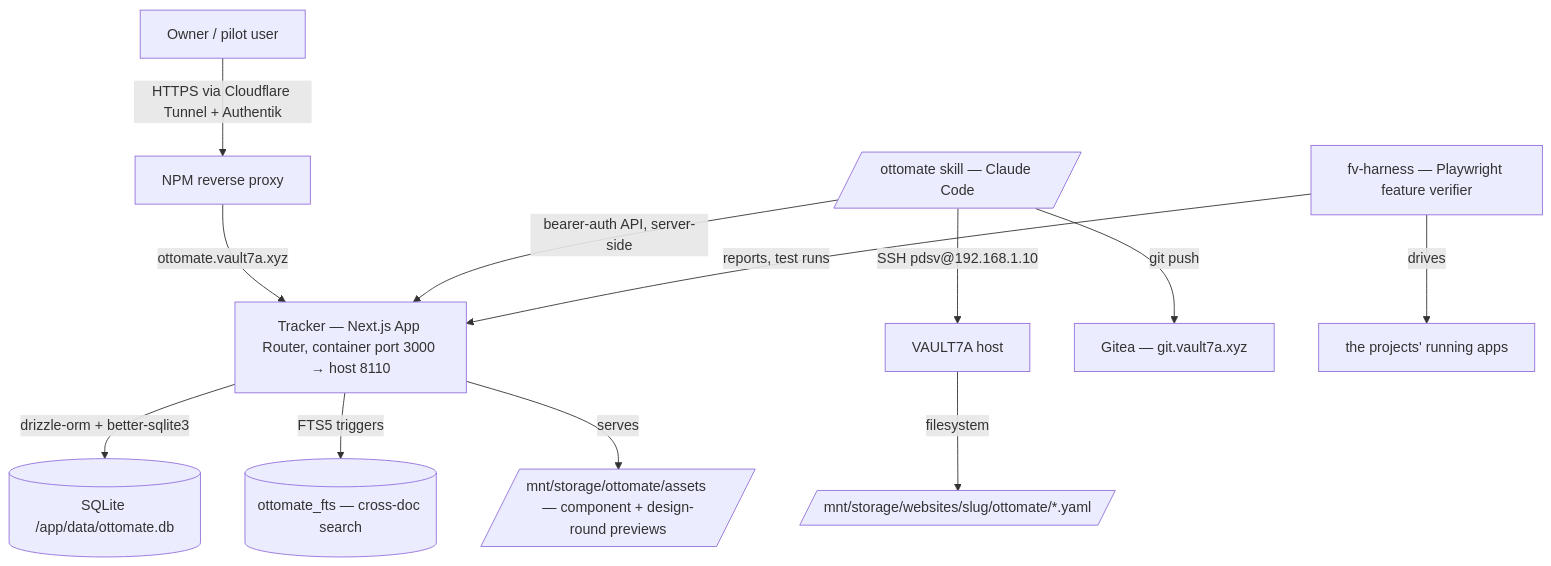
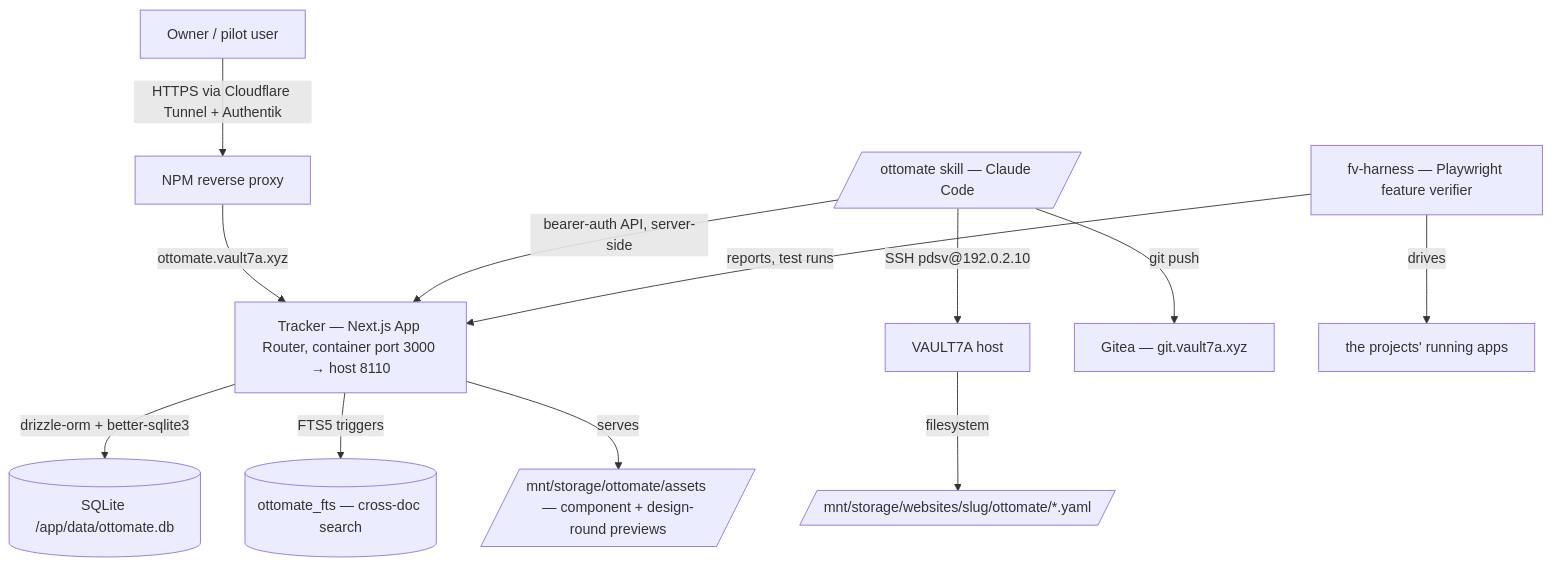
Before and after one commit to pdsvardhan/ottomate-tracker: the first of 2 diagrams in ARCHITECTURE.md, drawn with Mermaid. The commit also changed 9 other files, not shown here.

````diff
--- a/ARCHITECTURE.md
+++ b/ARCHITECTURE.md
@@ -40,14 +40,14 @@
 ```mermaid
 graph TD
     User[Owner / pilot user] -->|HTTPS via Cloudflare Tunnel + Authentik| NPM[NPM reverse proxy]
     NPM -->|ottomate.vault7a.xyz| Tracker[Tracker — Next.js App Router, container port 3000 → host 8110]
     Tracker -->|drizzle-orm + better-sqlite3| DB[(SQLite /app/data/ottomate.db)]
     Tracker -->|FTS5 triggers| FTS[(ottomate_fts — cross-doc search)]
     Skill[/ottomate skill — Claude Code/] -->|bearer-auth API, server-side| Tracker
-    Skill -->|SSH pdsv@192.168.1.10| Host[VAULT7A host]
+    Skill -->|SSH pdsv@192.0.2.10| Host[VAULT7A host]
     Skill -->|git push| Gitea[Gitea — git.vault7a.xyz]
     Harness[fv-harness — Playwright feature verifier] -->|reports, test runs| Tracker
     Harness -->|drives| Apps[the projects' running apps]
     Host -->|filesystem| Mirrors[/mnt/storage/websites/slug/ottomate/*.yaml/]
     Tracker -->|serves| Previews[/mnt/storage/ottomate/assets — component + design-round previews/]
 ```
````
